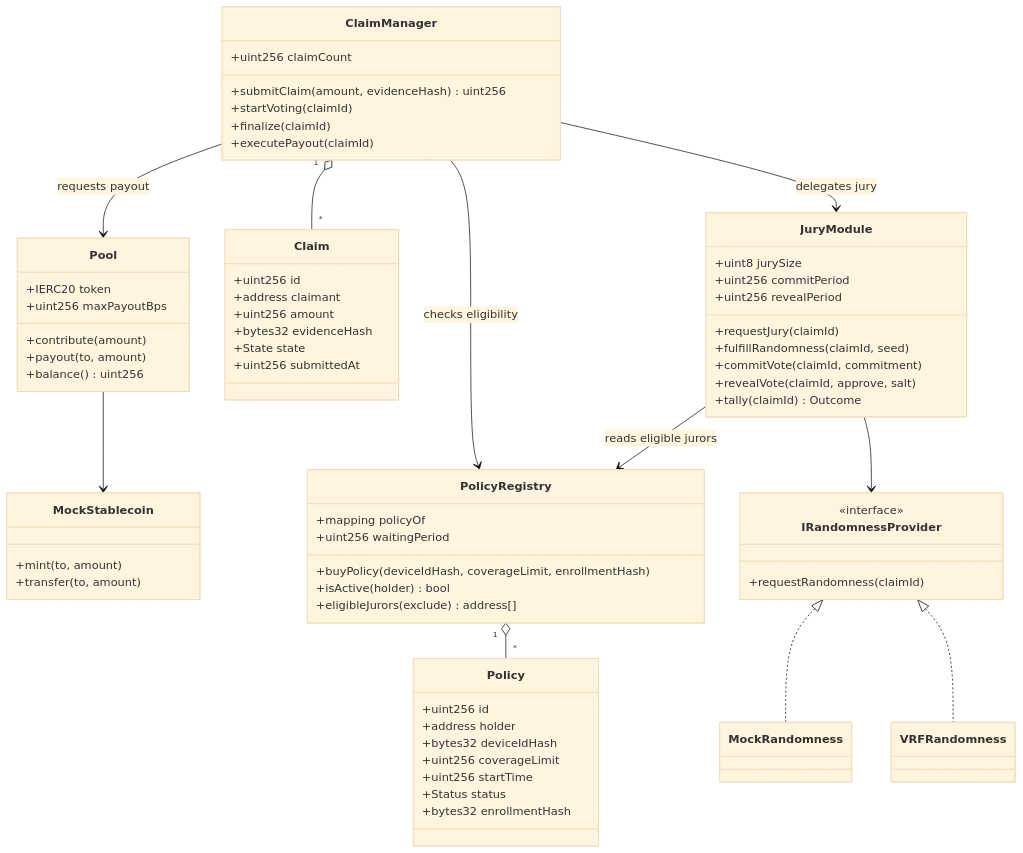
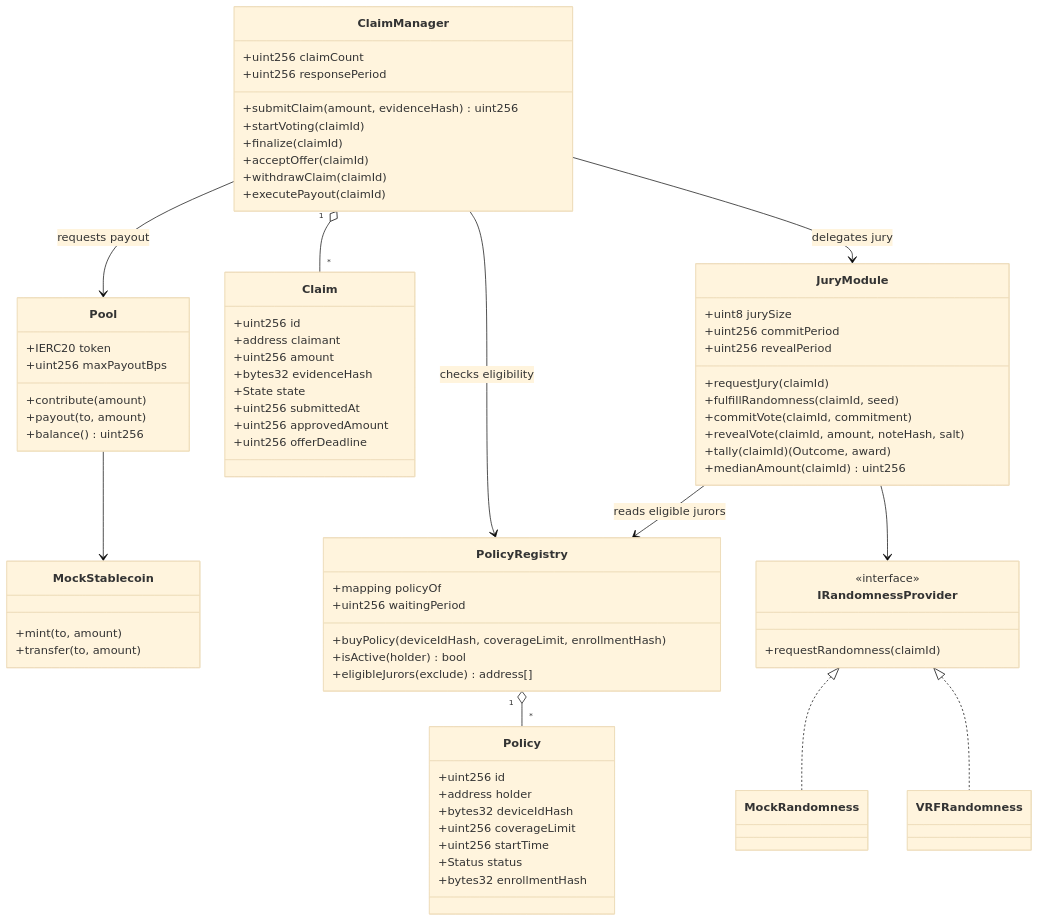
Before and after one commit to StephanieNgu/trust-pool: the second of 5 diagrams in docs/design-doc.md, drawn with Mermaid (base theme). The commit also changed other lines of this file and 33 other files, not shown here.

First line of the commit message:
Let jurors vote an amount with a note; pay the median as an offer

```diff
--- a/docs/design-doc.md
+++ b/docs/design-doc.md
@@ -102,7 +102,10 @@
         +uint256 claimCount
         +submitClaim(amount, evidenceHash) uint256
         +startVoting(claimId)
+        +uint256 responsePeriod
         +finalize(claimId)
+        +acceptOffer(claimId)
+        +withdrawClaim(claimId)
         +executePayout(claimId)
     }
 
@@ -113,6 +116,8 @@
         +bytes32 evidenceHash
         +State state
         +uint256 submittedAt
+        +uint256 approvedAmount
+        +uint256 offerDeadline
     }
 
     class JuryModule {
@@ -122,8 +127,9 @@
         +requestJury(claimId)
         +fulfillRandomness(claimId, seed)
         +commitVote(claimId, commitment)
-        +revealVote(claimId, approve, salt)
-        +tally(claimId) Outcome
+        +revealVote(claimId, amount, noteHash, salt)
+        +tally(claimId) (Outcome, award)
+        +medianAmount(claimId) uint256
     }
 
     class IRandomnessProvider {
```
